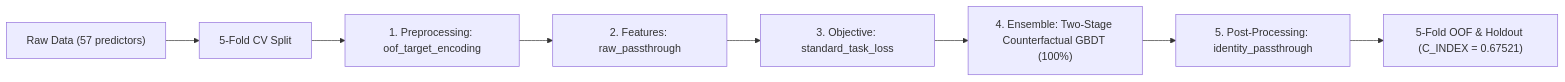
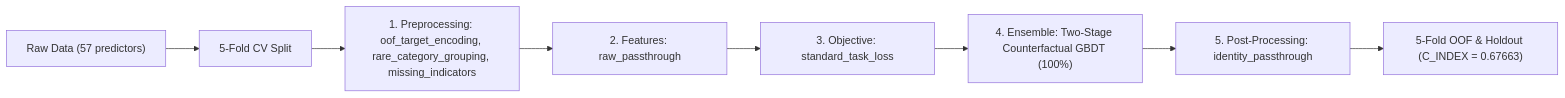
One commit to stefanoclss/CIBMTR-Equity-in-Post-HCT-Survival-Predictions changed the diagram in README.md. Above: the diagram before and after it, drawn with Mermaid. The commit also changed other lines of this file, not shown here.

First line of the commit message:
docs(readme): refresh verified OOF benchmark & build ledger (C_INDEX=0.67663)

````diff
--- a/README.md
+++ b/README.md
@@ -71,10 +72,10 @@
 ```mermaid
 flowchart LR
     DATA["Raw Data (57 predictors)"] --> SPLIT["5-Fold CV Split"]
-    SPLIT --> PRE["1. Preprocessing: oof_target_encoding"]
+    SPLIT --> PRE["1. Preprocessing: oof_target_encoding, rare_category_grouping, missing_indicators"]
     PRE --> FEAT["2. Features: raw_passthrough"]
     FEAT --> OBJ["3. Objective: standard_task_loss"]
     OBJ --> M0["4. Ensemble: Two-Stage Counterfactual GBDT (100%)"]
     M0 --> POST["5. Post-Processing: identity_passthrough"]
-    POST --> OUT["5-Fold OOF & Holdout (C_INDEX = 0.67521)"]
+    POST --> OUT["5-Fold OOF & Holdout (C_INDEX = 0.67663)"]
 ```
````
